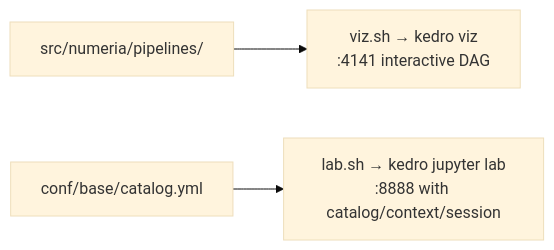
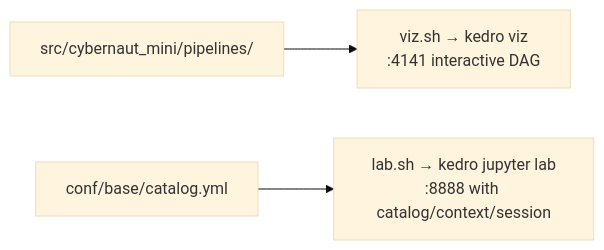
The diagram in scripts/kedro/README.md (neeland/cybernaut_mini), drawn with Mermaid (base theme) before and after one commit. The commit also changed other lines of this file and 3 other files, not shown here.

````diff
--- a/scripts/kedro/README.md
+++ b/scripts/kedro/README.md
@@ -6,5 +6,5 @@
 ```mermaid
 flowchart LR
-    SRC["src/numeria/pipelines/"] --> VIZ["viz.sh → kedro viz<br/>:4141 interactive DAG"]
+    SRC["src/cybernaut_mini/pipelines/"] --> VIZ["viz.sh → kedro viz<br/>:4141 interactive DAG"]
     CAT["conf/base/catalog.yml"] --> LAB["lab.sh → kedro jupyter lab<br/>:8888 with catalog/context/session"]
 ```
````
